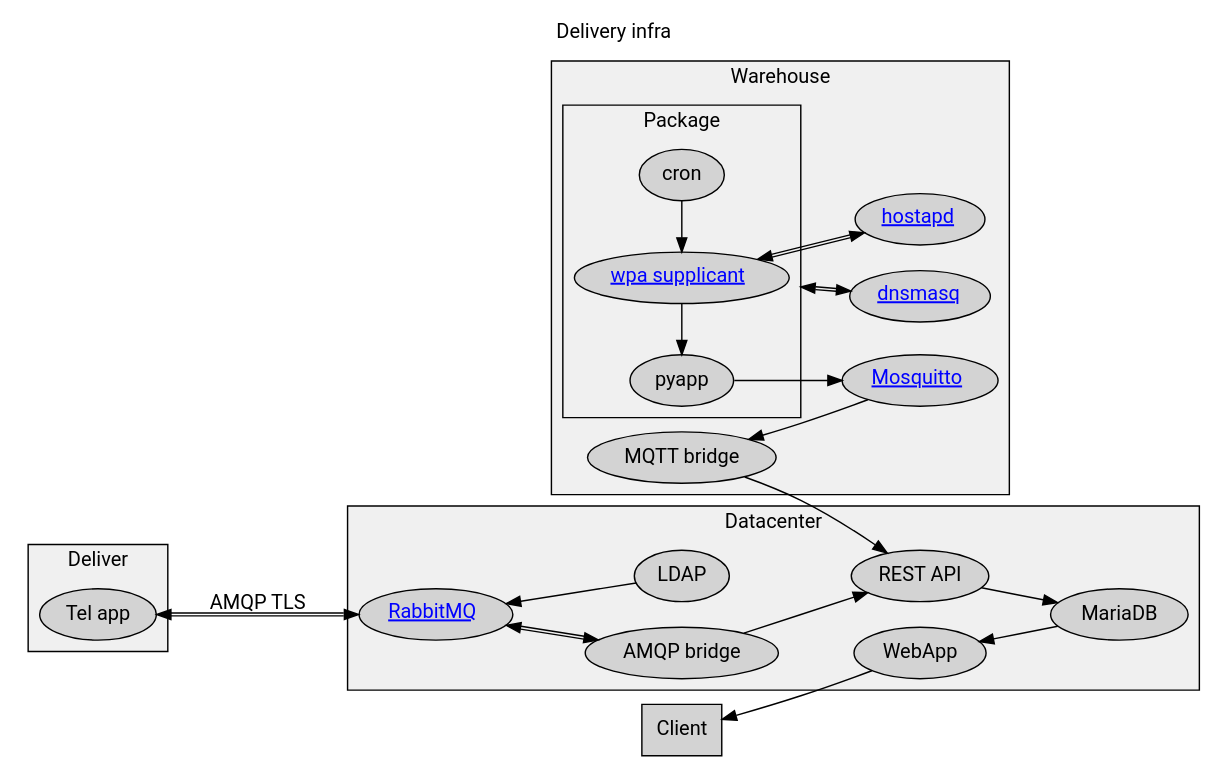
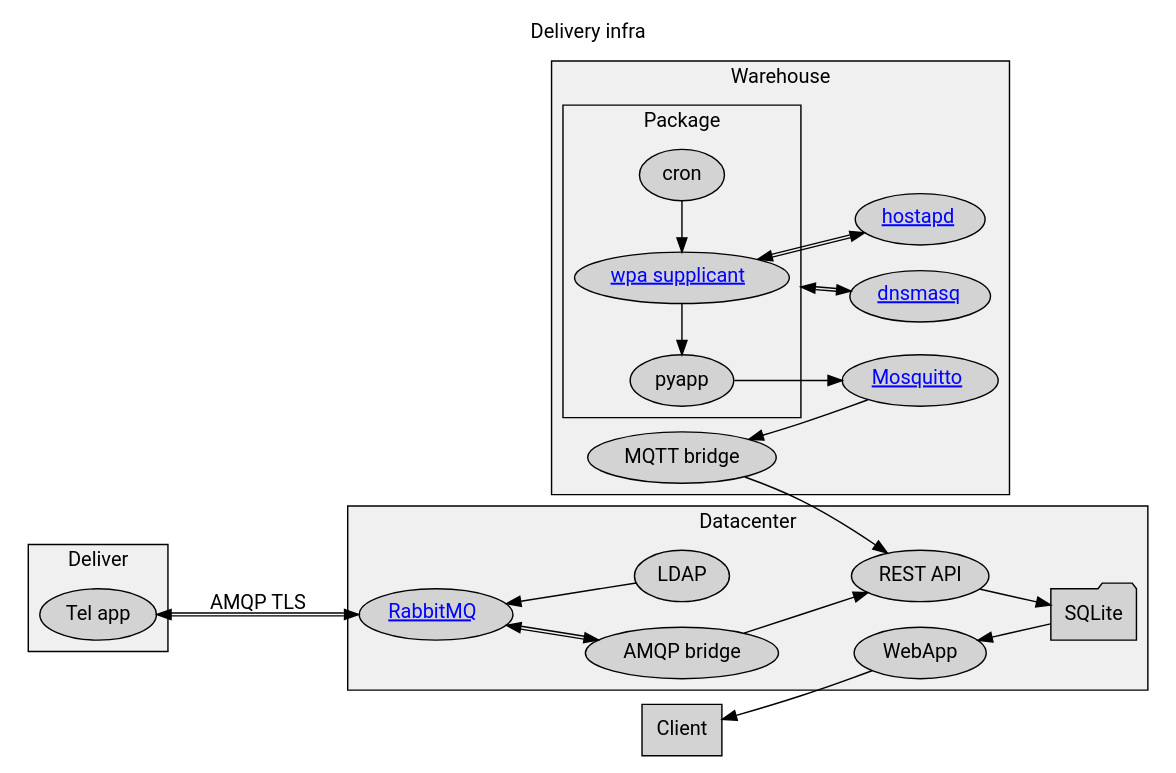
One commit to nini-51/704-707_POIDEVIN_ETIENNE changed the diagram in docs/delivery-infra.dot. Above: the diagram before and after it, drawn with Graphviz. The commit also changed 1 other file, not shown here.

Commit message:
replace mariadb with sqlite in the infra schema

```diff
--- a/docs/delivery-infra.dot
+++ b/docs/delivery-infra.dot
@@ -1,96 +1,96 @@
 // Louis Poidevin - 2023
 
 digraph "Delivery infra" {
 label="Delivery infra"
 tooltip=" "
 labelloc=t
 rankdir=LR
 compound=true
 fontname="'Roboto', sans-serif"
 graph[style=filled fillcolor=grey94]
 node [style=filled fontname="'Roboto', sans-serif" tooltip=" "]
 edge [fontname="'Roboto', sans-serif" tooltip=" "]
 
 subgraph cluster_datacenter {
 label="Datacenter"
 rabbit [
   target="_top"
   URL="https://www.rabbitmq.com/"
   label=<<font color='blue'><u>RabbitMQ</u></font>>
 ]
 beaver [label="AMQP bridge"]
-otter [label="MariaDB"]
+feather [label="SQLite" shape=folder]
 octopus [label="REST API"]
 fox [label="WebApp"]
 
 ldap [label="LDAP"]
 }
 
 subgraph cluster_warehouse {
 label="Warehouse"
 mosquitto [
   target="_top"
   URL="https://www.mosquitto.org/"
   label=<<font color='blue'><u>Mosquitto</u></font>>
 ]
 dnsmasq [
   target="_top"
   URL="https://thekelleys.org.uk/dnsmasq/doc.html"
   label=<<font color='blue'><u>dnsmasq</u></font>>
 ]
 hostapd [
   target="_top"
   URL="https://w1.fi/hostapd/"
   label=<<font color='blue'><u>hostapd</u></font>>
 ]
 bridge [label="MQTT bridge"]
 
 subgraph cluster_package {
   label="Package"
   pyapp [label="pyapp"]
   cron [label="cron"]
   wpa_supplicant [
     target="_top"
     URL="https://w1.fi/wpa_supplicant/"
     label=<<font color='blue'><u>wpa supplicant</u></font>>
   ]
 }
 }
 
 subgraph cluster_deliver {
   label="Deliver"
   telapp [label="Tel app"]
 }
 
 client [label="Client" shape=box]
 
 // Package process
 
 cron -> wpa_supplicant [constraint=false]
 wpa_supplicant -> hostapd [dir=both color="black:black"]
 wpa_supplicant -> dnsmasq [dir=both color="black:black" ltail=cluster_package]
 wpa_supplicant -> pyapp [constraint=false]
 pyapp -> mosquitto
 
 // Warehouse process
 
 mosquitto -> bridge [constraint=false]
 //octopus -> bridge [style=invis]
 bridge -> octopus
 
 // Datacenter process
 
-octopus -> otter
-fox -> otter [dir=back]
+octopus -> feather
+fox -> feather [dir=back]
 rabbit -> beaver [dir=both color="black:black"]
 rabbit -> ldap [dir=back]
 beaver -> octopus
 
 // Deliver process
 
 telapp -> rabbit [label="AMQP TLS" minlen=2 dir=both color="black:black"]
 
 // Client process
 
 client -> fox [dir=back]
 }
```
